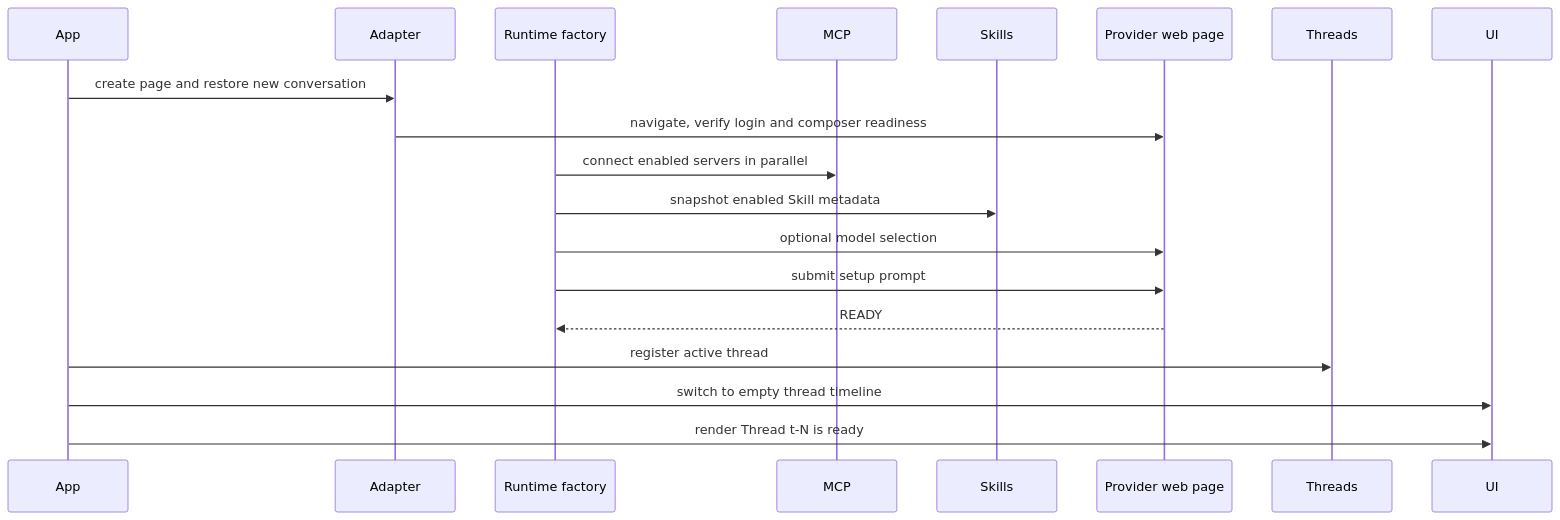
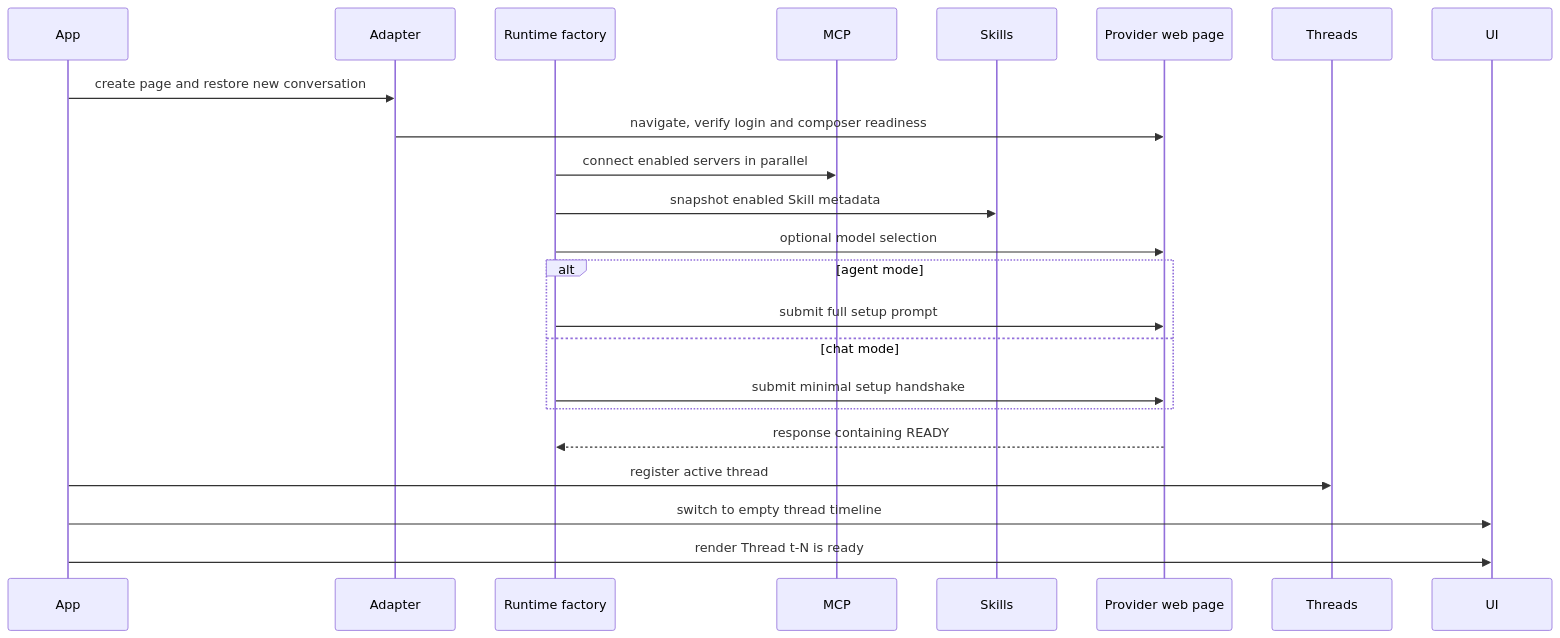
Before and after one commit to kabxx/portal: the first of 2 diagrams in docs/architecture.md, drawn with Mermaid. The commit also changed other lines of this file and 35 other files, not shown here.

Commit message:
feat: add chat thread creation mode

````diff
--- a/docs/architecture.md
+++ b/docs/architecture.md
@@ -59,22 +59,26 @@
 ```mermaid
 sequenceDiagram
     participant App
     participant Adapter
     participant Factory as Runtime factory
     participant MCP
     participant Skills
     participant Web as Provider web page
     participant Threads
     participant UI
 
     App->>Adapter: create page and restore new conversation
     Adapter->>Web: navigate, verify login and composer readiness
     Factory->>MCP: connect enabled servers in parallel
     Factory->>Skills: snapshot enabled Skill metadata
     Factory->>Web: optional model selection
-    Factory->>Web: submit setup prompt
-    Web-->>Factory: READY
+    alt agent mode
+        Factory->>Web: submit full setup prompt
+    else chat mode
+        Factory->>Web: submit minimal setup handshake
+    end
+    Web-->>Factory: response containing READY
     App->>Threads: register active thread
     App->>UI: switch to empty thread timeline
     App->>UI: render Thread t-N is ready
 ```
````
